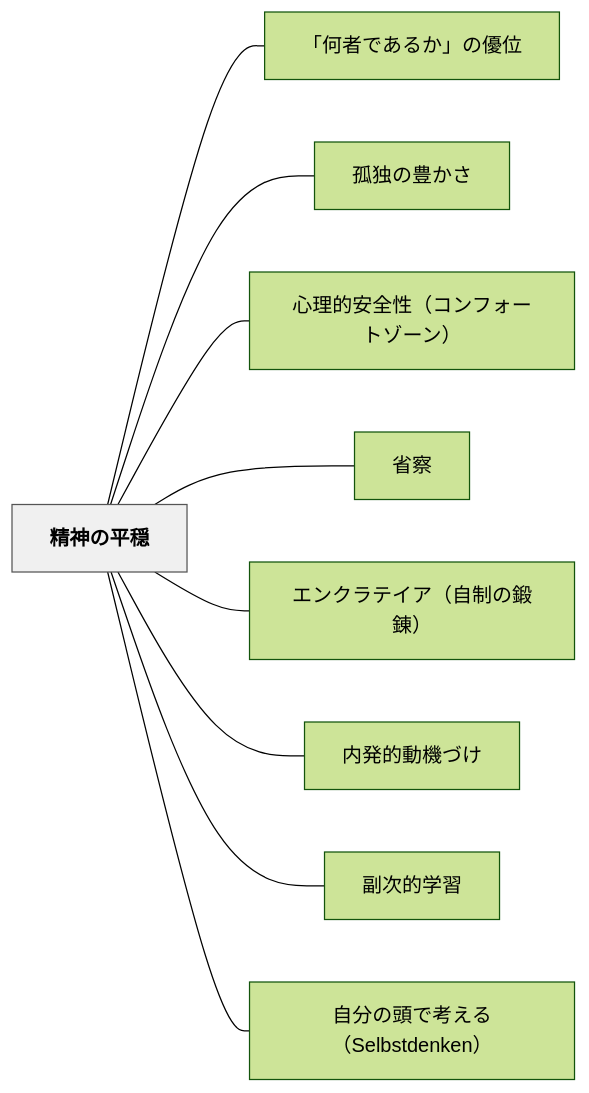
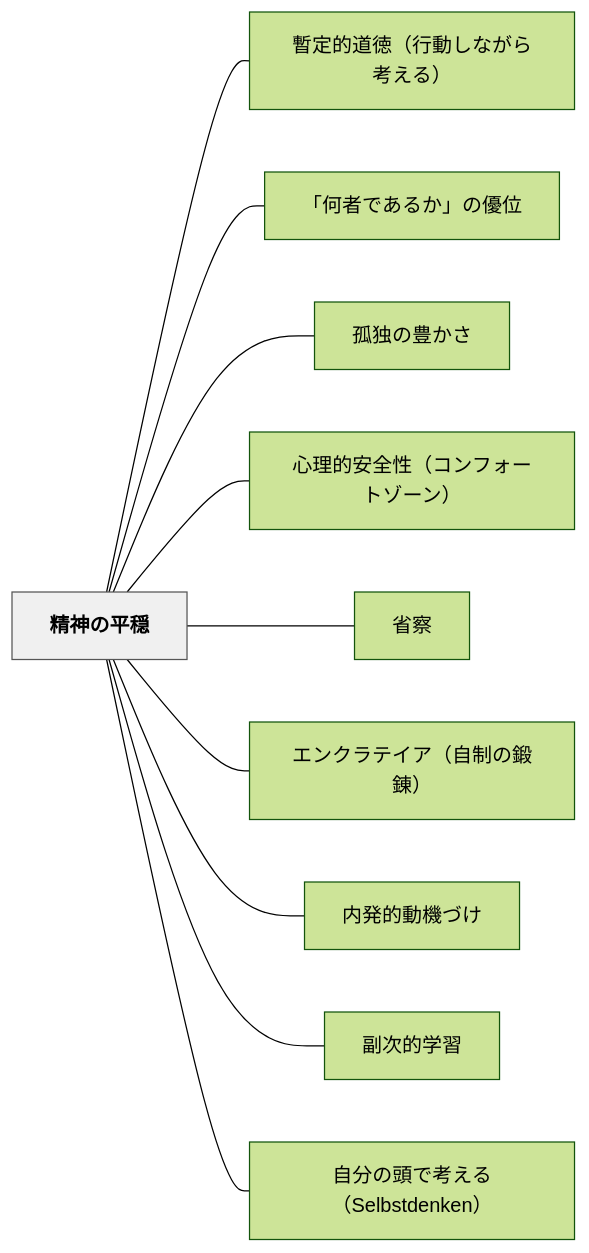
Before and after one commit to unknownthings-ed-patterns/unknownthings-ed-patterns: the diagram in content/パタン/精神の平穏.md, drawn with Mermaid (forest theme). The commit also changed other lines of this file and 185 other files, not shown here.

````diff
--- a/content/パタン/精神の平穏.md
+++ b/content/パタン/精神の平穏.md
@@ -119,24 +120,26 @@
 ```mermaid
 flowchart LR
     ne7b2bee7a59ee381aee5b9b3e7a98f["精神の平穏"]
+    ne69aabe5ae9ae79a84e98193e5beb3efbc88e8a18ce58b95e38197e381aae3818ce38289e88083e38188e3828befbc89["暫定的道徳（行動しながら考える）"]
     ne3808ce4bd95e88085e381a7e38182e3828be3818be3808de381aee584aae4bd8d["「何者であるか」の優位"]
     ne5ada4e78bace381aee8b18ae3818be38195["孤独の豊かさ"]
     ne5bf83e79086e79a84e5ae89e585a8e680a7efbc88e382b3e383b3e38395e382a9e383bce38388e382bee383bce383b3efbc89["心理的安全性（コンフォートゾーン）"]
     ne79c81e5af9f["省察"]
     ne382a8e383b3e382afe383a9e38386e382a4e382a2efbc88e887aae588b6e381aee98d9be98cacefbc89["エンクラテイア（自制の鍛錬）"]
     ne58685e799bae79a84e58b95e6a99fe381a5e38191["内発的動機づけ"]
     ne589afe6aca1e79a84e5ada6e7bf92["副次的学習"]
     ne887aae58886e381aee9a0ade381a7e88083e38188e3828befbc8853656c62737464656e6b656eefbc89["自分の頭で考える（Selbstdenken）"]
 
+    ne7b2bee7a59ee381aee5b9b3e7a98f --- ne69aabe5ae9ae79a84e98193e5beb3efbc88e8a18ce58b95e38197e381aae3818ce38289e88083e38188e3828befbc89
     ne7b2bee7a59ee381aee5b9b3e7a98f --- ne3808ce4bd95e88085e381a7e38182e3828be3818be3808de381aee584aae4bd8d
     ne7b2bee7a59ee381aee5b9b3e7a98f --- ne5ada4e78bace381aee8b18ae3818be38195
     ne7b2bee7a59ee381aee5b9b3e7a98f --- ne5bf83e79086e79a84e5ae89e585a8e680a7efbc88e382b3e383b3e38395e382a9e383bce38388e382bee383bce383b3efbc89
     ne7b2bee7a59ee381aee5b9b3e7a98f --- ne79c81e5af9f
     ne7b2bee7a59ee381aee5b9b3e7a98f --- ne382a8e383b3e382afe383a9e38386e382a4e382a2efbc88e887aae588b6e381aee98d9be98cacefbc89
     ne7b2bee7a59ee381aee5b9b3e7a98f --- ne58685e799bae79a84e58b95e6a99fe381a5e38191
     ne7b2bee7a59ee381aee5b9b3e7a98f --- ne589afe6aca1e79a84e5ada6e7bf92
     ne7b2bee7a59ee381aee5b9b3e7a98f --- ne887aae58886e381aee9a0ade381a7e88083e38188e3828befbc8853656c62737464656e6b656eefbc89
 
     classDef hub fill:#f0f0f0,stroke:#555,color:#000,font-weight:bold
     class ne7b2bee7a59ee381aee5b9b3e7a98f hub
 ```
````
